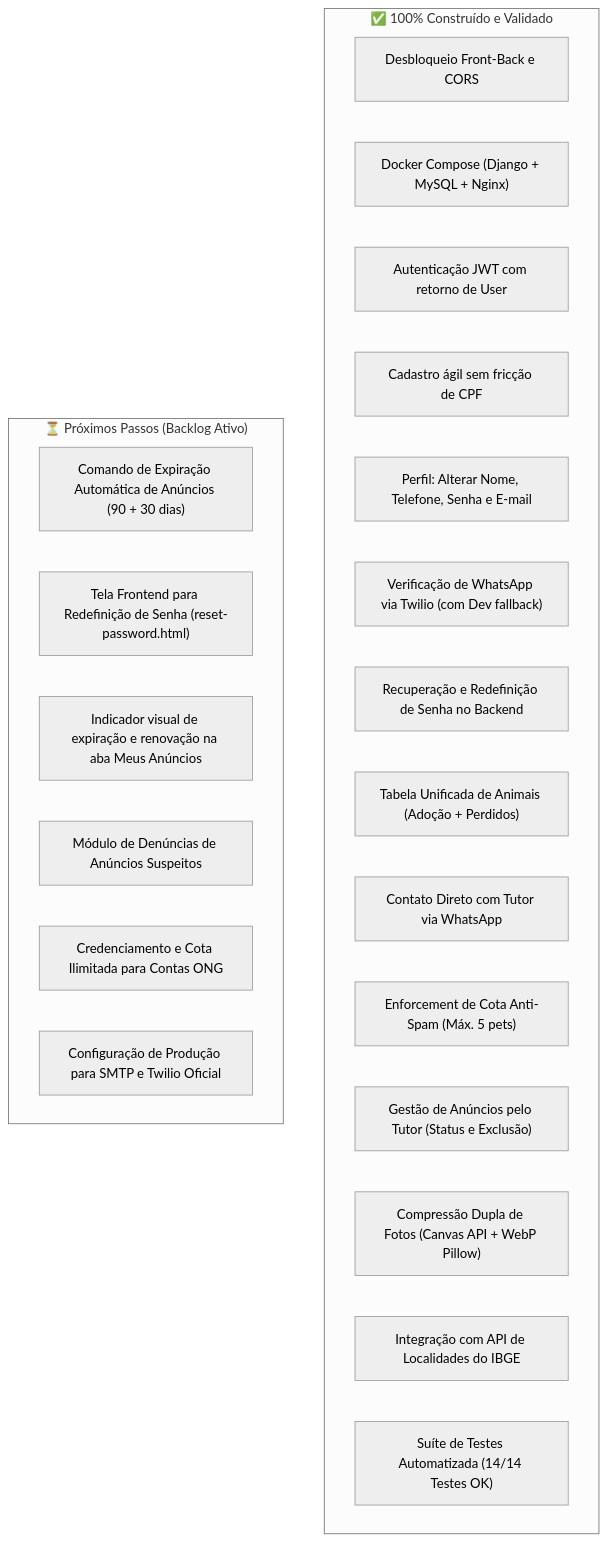
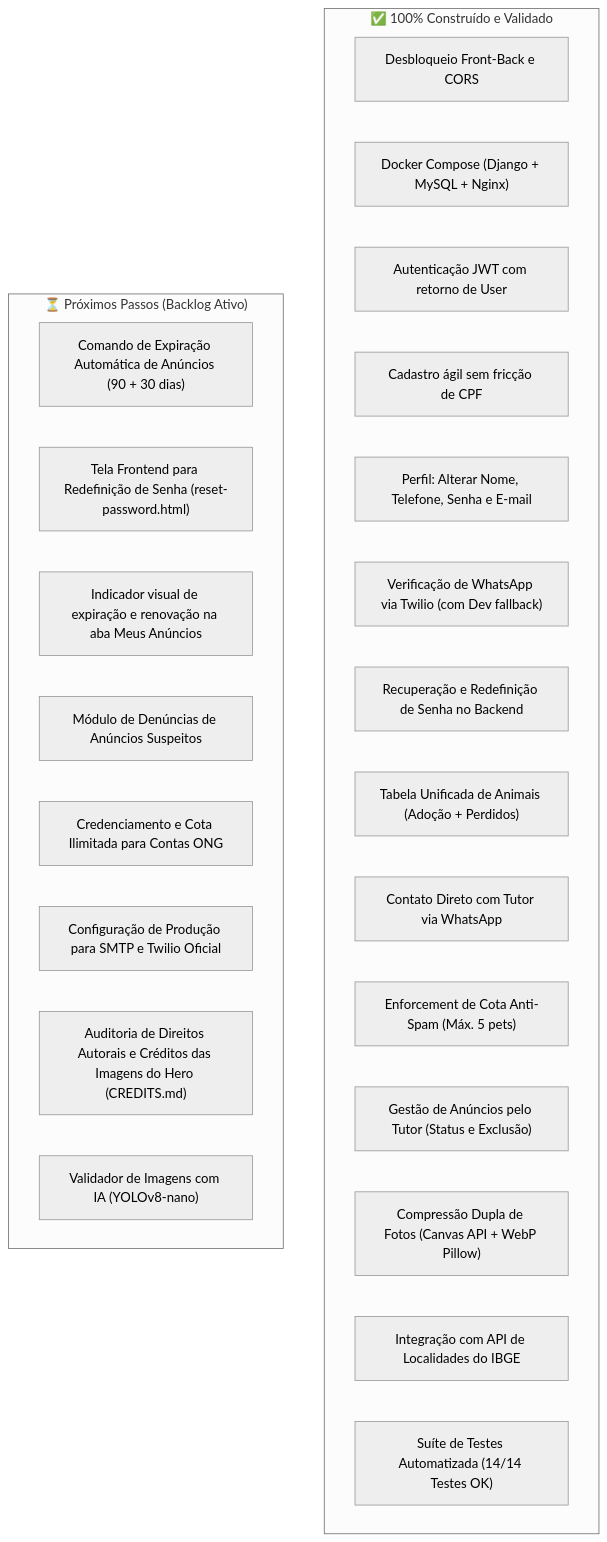
Before and after one commit to CristianDiniz/Best_Buddy: the diagram in vault/05 - Tarefas e Roadmap/00 - MOC Tarefas e Roadmap.md, drawn with Mermaid (neutral theme). The commit also changed other lines of this file and 8 other files, not shown here.

Commit message:
docs(vault): planejar validacao de imagens com YOLOv8 e otimizar assets

````diff
--- a/vault/05 - Tarefas e Roadmap/00 - MOC Tarefas e Roadmap.md
+++ b/vault/05 - Tarefas e Roadmap/00 - MOC Tarefas e Roadmap.md
@@ -37,28 +38,30 @@
 ```mermaid
 graph TD
     subgraph CONCLUIDO ["✅ 100% Construído e Validado"]
         C1["Desbloqueio Front-Back e CORS"]
         C2["Docker Compose (Django + MySQL + Nginx)"]
         C3["Autenticação JWT com retorno de User"]
         C4["Cadastro ágil sem fricção de CPF"]
         C5["Perfil: Alterar Nome, Telefone, Senha e E-mail"]
         C6["Verificação de WhatsApp via Twilio (com Dev fallback)"]
         C7["Recuperação e Redefinição de Senha no Backend"]
         C8["Tabela Unificada de Animais (Adoção + Perdidos)"]
         C9["Contato Direto com Tutor via WhatsApp"]
         C10["Enforcement de Cota Anti-Spam (Máx. 5 pets)"]
         C11["Gestão de Anúncios pelo Tutor (Status e Exclusão)"]
         C12["Compressão Dupla de Fotos (Canvas API + WebP Pillow)"]
         C13["Integração com API de Localidades do IBGE"]
         C14["Suíte de Testes Automatizada (14/14 Testes OK)"]
     end
 
     subgraph PENDENTE ["⏳ Próximos Passos (Backlog Ativo)"]
         P1["Comando de Expiração Automática de Anúncios (90 + 30 dias)"]
         P2["Tela Frontend para Redefinição de Senha (reset-password.html)"]
         P3["Indicador visual de expiração e renovação na aba Meus Anúncios"]
         P4["Módulo de Denúncias de Anúncios Suspeitos"]
         P5["Credenciamento e Cota Ilimitada para Contas ONG"]
         P6["Configuração de Produção para SMTP e Twilio Oficial"]
+        P7["Auditoria de Direitos Autorais e Créditos das Imagens do Hero (CREDITS.md)"]
+        P8["Validador de Imagens com IA (YOLOv8-nano)"]
     end
 ```
````
